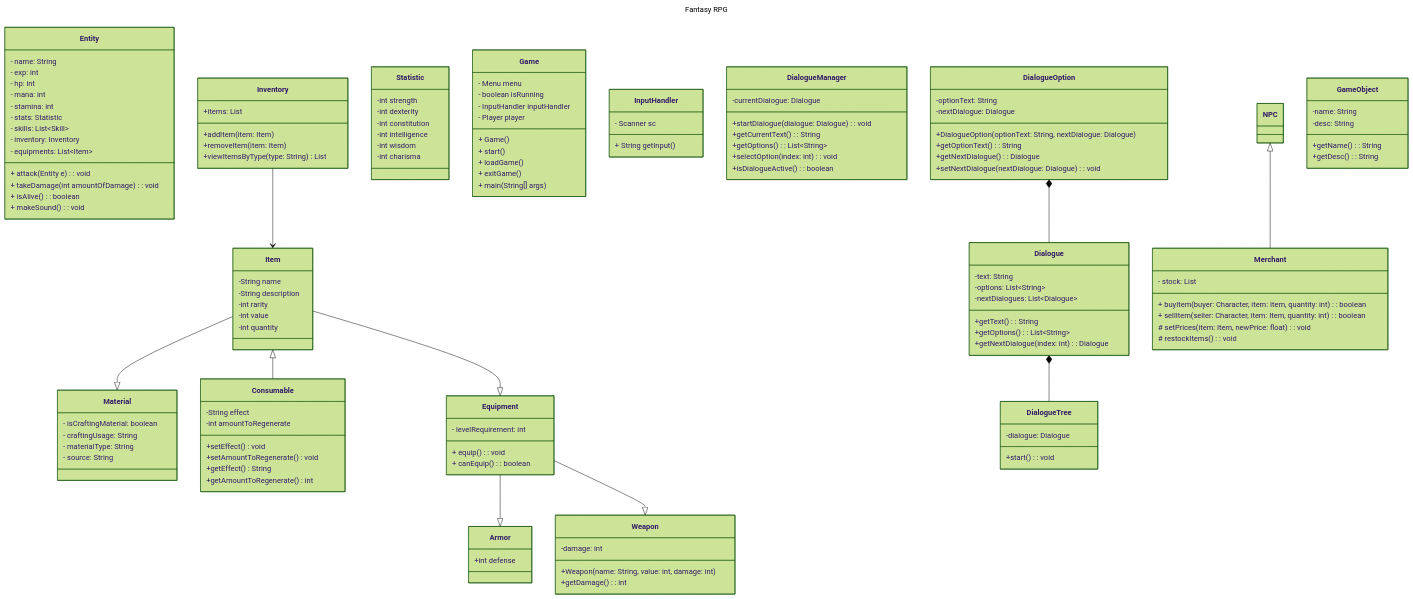
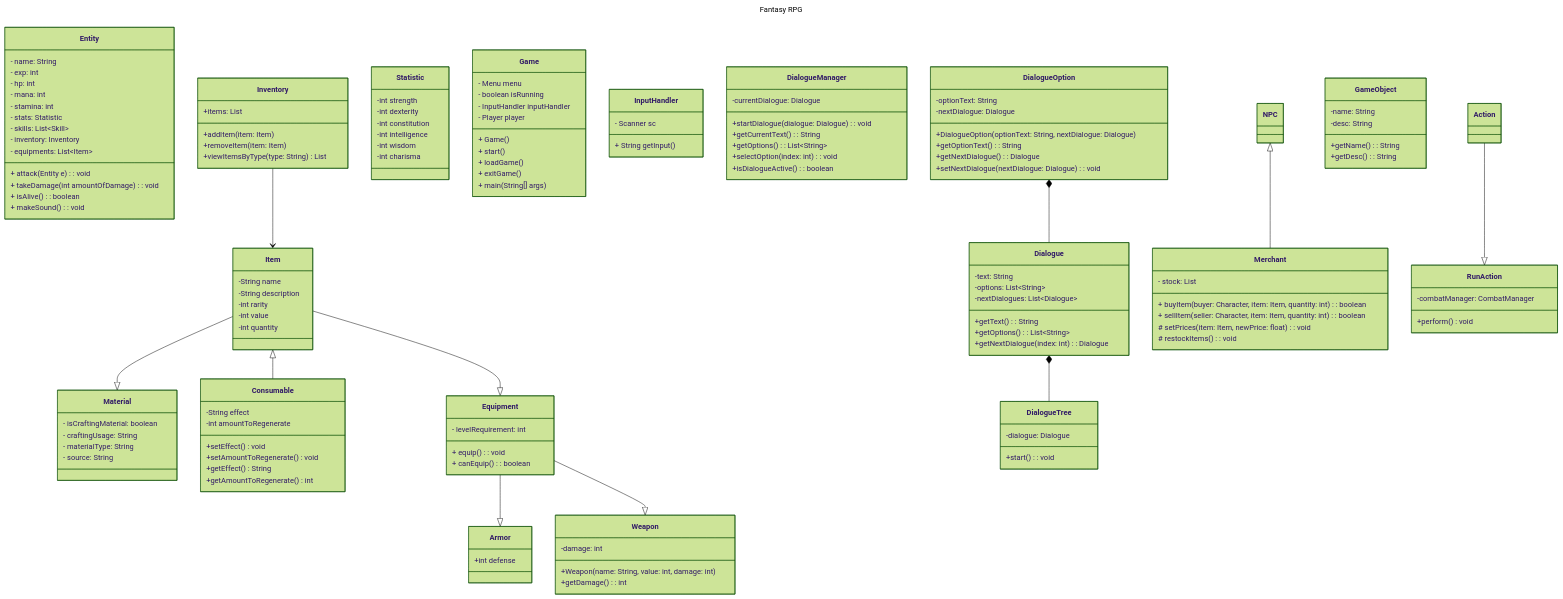
One commit to pacalso-jjc/2425-2nd-cc3-1b-rpg changed the diagram in wiki/Class-Diagram.md. Above: the diagram before and after it, drawn with Mermaid (forest theme).

Commit message:
doc-143: created the class diagram for RunAction class

````diff
--- a/wiki/Class-Diagram.md
+++ b/wiki/Class-Diagram.md
@@ -148,4 +148,10 @@
         +getDesc(): String
     }
 
+    Action --|> RunAction
+    class RunAction{
+        -combatManager: CombatManager
+        +perform() void
+    }
+
 ```
````
